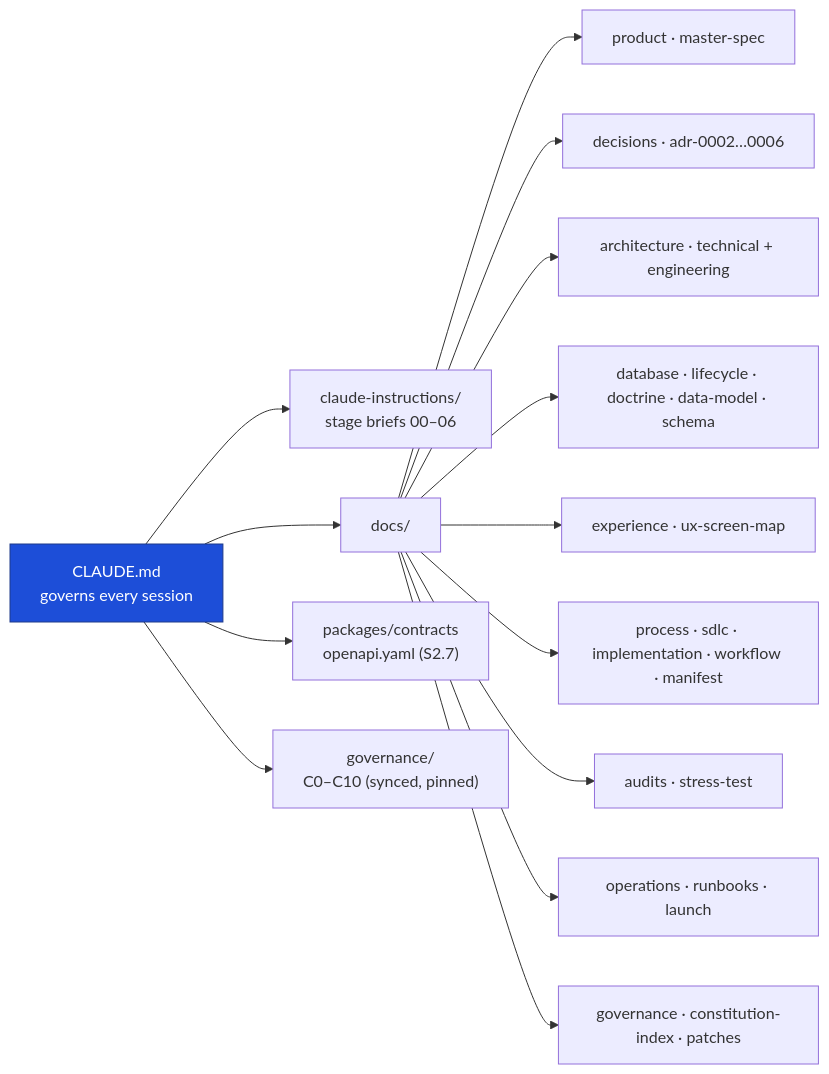
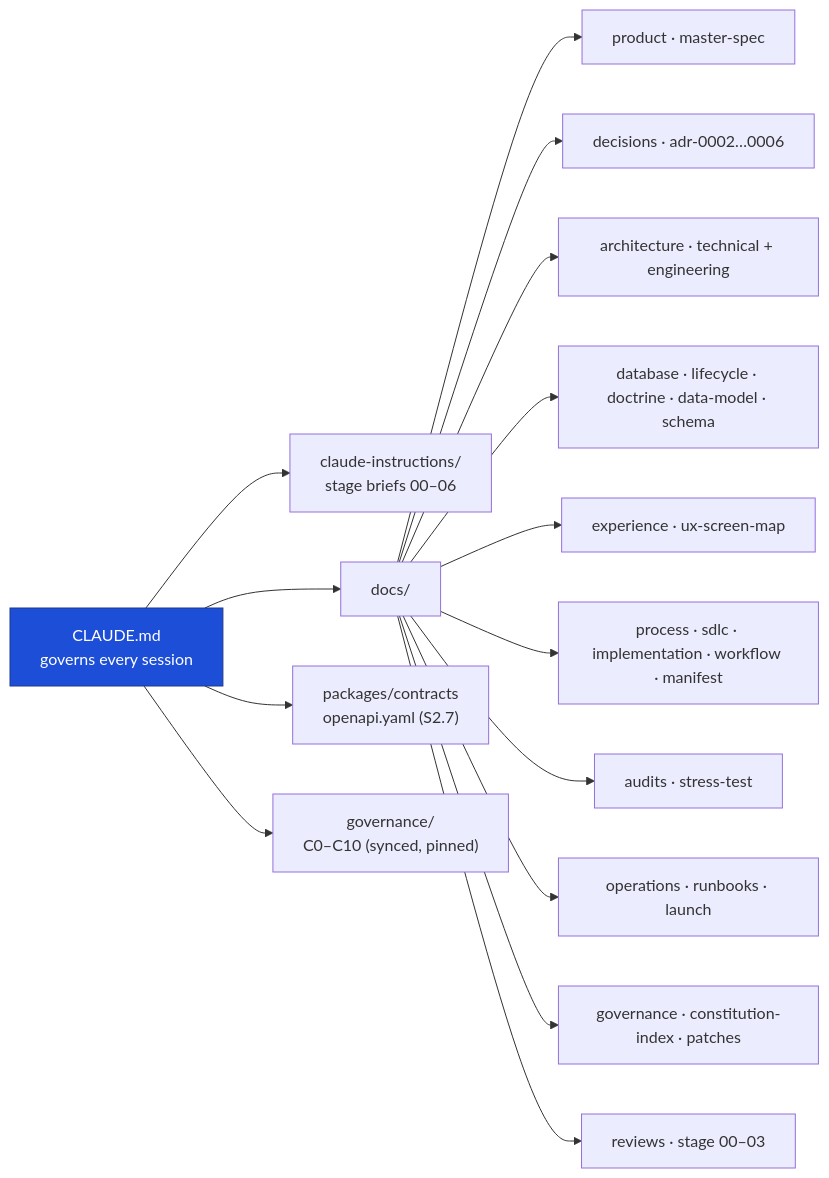
One commit to KSDRILL-SA/fundslink-Academy changed the second of 2 diagrams in docs/README.md. Above: the diagram before and after it, drawn with Mermaid. The commit also changed other lines of this file and 13 other files, not shown here.

````diff
--- a/docs/README.md
+++ b/docs/README.md
@@ -59,19 +59,20 @@
 ```mermaid
 graph LR
   ROOT["CLAUDE.md<br/>governs every session"]
   ROOT --> CI["claude-instructions/<br/>stage briefs 00–06"]
   ROOT --> DOCS["docs/"]
   ROOT --> PKG["packages/contracts<br/>openapi.yaml (S2.7)"]
   ROOT --> GV["governance/<br/>C0–C10 (synced, pinned)"]
   DOCS --> M["product · master-spec"]
   DOCS --> DEC["decisions · adr-0002…0006"]
   DOCS --> ARCH["architecture · technical + engineering"]
   DOCS --> DB["database · lifecycle · doctrine · data-model · schema"]
   DOCS --> UX["experience · ux-screen-map"]
   DOCS --> PROC["process · sdlc · implementation · workflow · manifest"]
   DOCS --> AUD["audits · stress-test"]
   DOCS --> OPS["operations · runbooks · launch"]
   DOCS --> GOV["governance · constitution-index · patches"]
+  DOCS --> REV["reviews · stage 00–03"]
   classDef r fill:#1d4ed8,color:#fff,stroke:#1e3a8a;
   class ROOT r;
 ```
````
